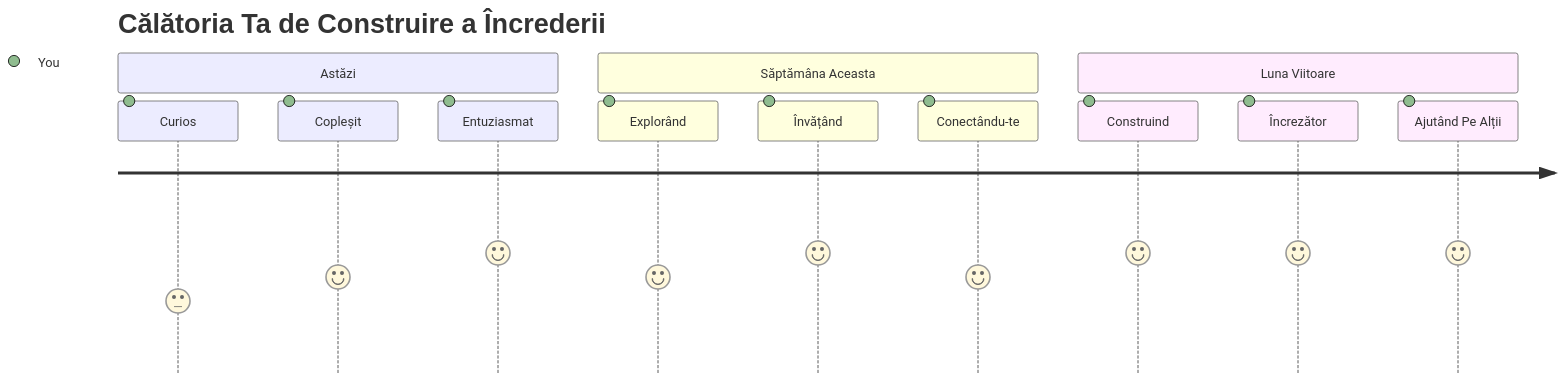
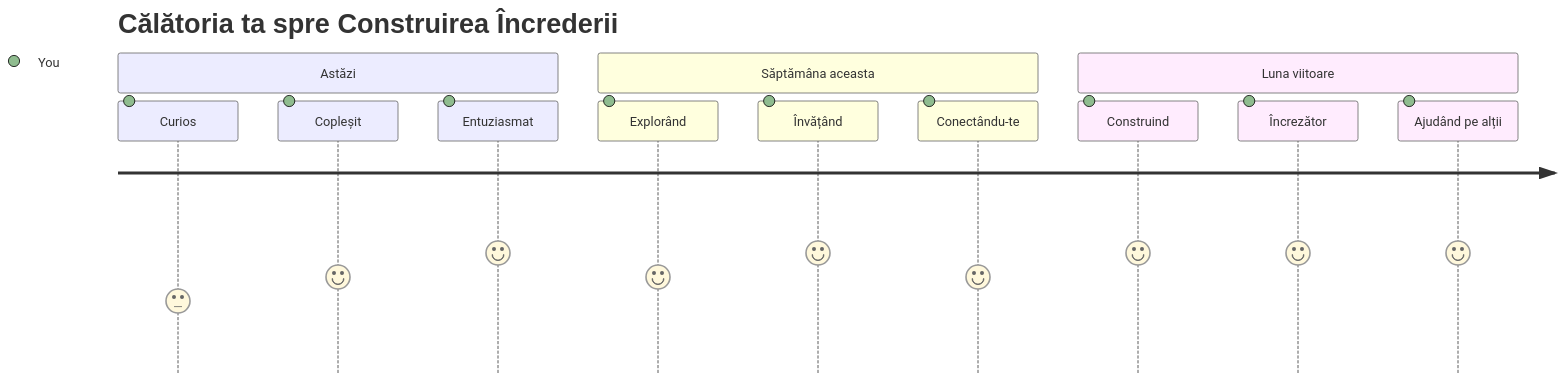
The seventh of 7 diagrams in translations/ro/1-getting-started-lessons/1-intro-to-programming-languages/README.md (microsoft/Web-Dev-For-Beginners), drawn with Mermaid before and after one commit. The commit also changed other lines of this file and 11 other files, not shown here.

````diff
--- a/translations/ro/1-getting-started-lessons/1-intro-to-programming-languages/README.md
+++ b/translations/ro/1-getting-started-lessons/1-intro-to-programming-languages/README.md
@@ -829,16 +833,16 @@
 ```mermaid
 journey
-    title Călătoria Ta de Construire a Încrederii
+    title Călătoria ta spre Construirea Încrederii
     section Astăzi
       Curios: 3: You
       Copleșit: 4: You
       Entuziasmat: 5: You
-    section Săptămâna Aceasta
+    section Săptămâna aceasta
       Explorând: 4: You
       Învățând: 5: You
       Conectându-te: 4: You
-    section Luna Viitoare
+    section Luna viitoare
       Construind: 5: You
       Încrezător: 5: You
-      Ajutând Pe Alții: 5: You
+      Ajudând pe alții: 5: You
 ```
````
